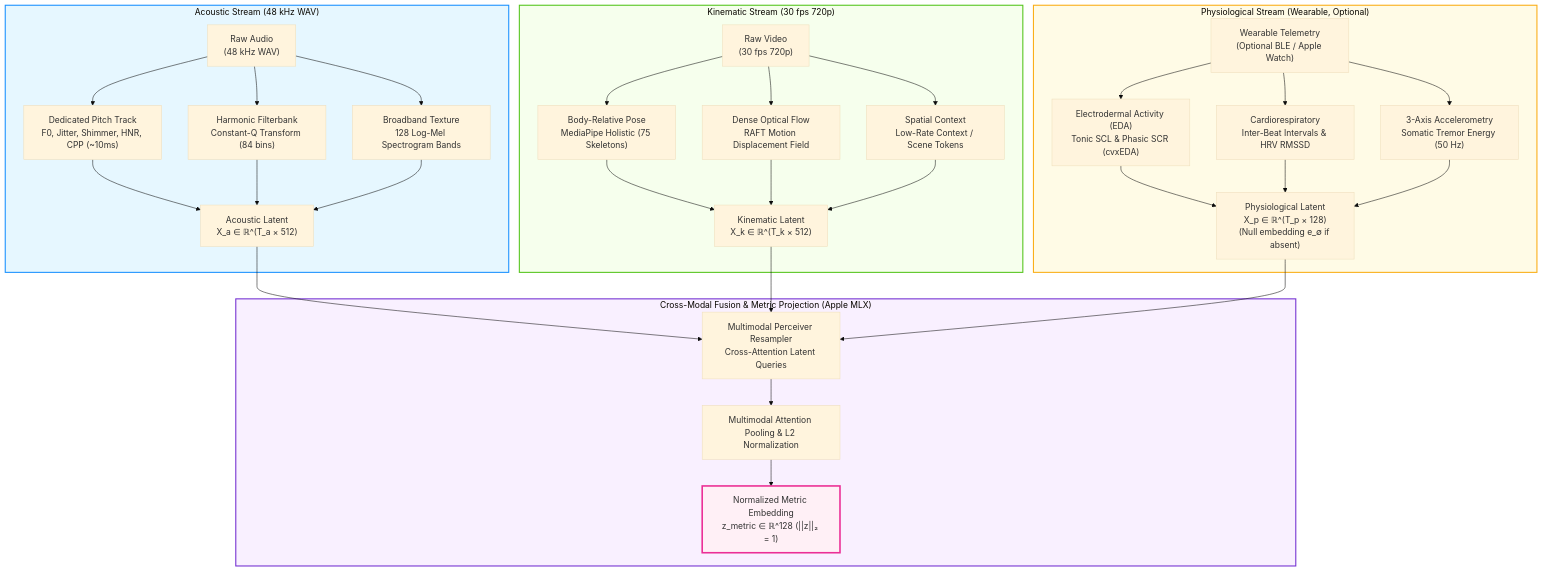
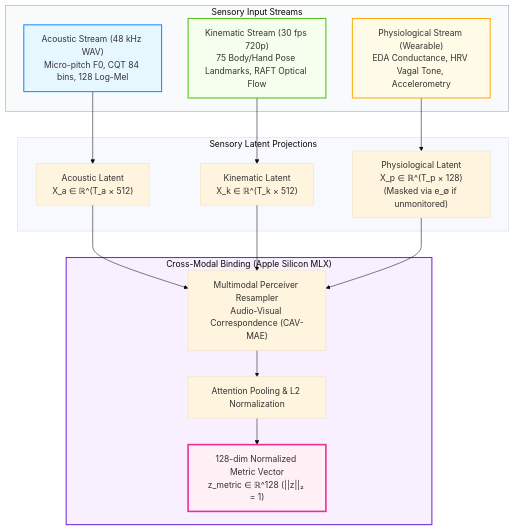
The first of 7 diagrams in DESIGN.md (olostan/project_n), drawn with Mermaid (base theme) before and after one commit. The commit also changed other lines of this file and 4 other files, not shown here.

Commit message:
docs: convert all ASCII and text diagrams to native Mermaid diagrams across repository

````diff
--- a/DESIGN.md
+++ b/DESIGN.md
@@ -60,35 +60,35 @@
 ```mermaid
 graph TD
-    subgraph AcousticPipeline ["Acoustic Stream (48 kHz WAV)"]
-        A_Raw["Raw Audio<br/>(48 kHz WAV)"] --> A_Pitch["Dedicated Pitch Track<br/>F0, Jitter, Shimmer, HNR, CPP (~10ms)"]
-        A_Raw --> A_CQT["Harmonic Filterbank<br/>Constant-Q Transform (84 bins)"]
-        A_Raw --> A_Mel["Broadband Texture<br/>128 Log-Mel Spectrogram Bands"]
-        A_Pitch & A_CQT & A_Mel --> A_Latent["Acoustic Latent<br/>X_a ∈ ℝ^(T_a × 512)"]
+    subgraph Streams ["Sensory Input Streams"]
+        Audio["Acoustic Stream (48 kHz WAV)<br/>Micro-pitch F0, CQT 84 bins, 128 Log-Mel"]
+        Video["Kinematic Stream (30 fps 720p)<br/>75 Body/Hand Pose Landmarks, RAFT Optical Flow"]
+        Physio["Physiological Stream (Wearable)<br/>EDA Conductance, HRV Vagal Tone, Accelerometry"]
     end
 
-    subgraph KinematicPipeline ["Kinematic Stream (30 fps 720p)"]
-        K_Raw["Raw Video<br/>(30 fps 720p)"] --> K_Pose["Body-Relative Pose<br/>MediaPipe Holistic (75 Skeletons)"]
-        K_Raw --> K_Flow["Dense Optical Flow<br/>RAFT Motion Displacement Field"]
-        K_Raw --> K_Context["Spatial Context<br/>Low-Rate Context / Scene Tokens"]
-        K_Pose & K_Flow & K_Context --> K_Latent["Kinematic Latent<br/>X_k ∈ ℝ^(T_k × 512)"]
+    subgraph FrontEnds ["Sensory Latent Projections"]
+        X_a["Acoustic Latent<br/>X_a ∈ ℝ^(T_a × 512)"]
+        X_k["Kinematic Latent<br/>X_k ∈ ℝ^(T_k × 512)"]
+        X_p["Physiological Latent<br/>X_p ∈ ℝ^(T_p × 128)<br/>(Masked via e_∅ if unmonitored)"]
     end
 
-    subgraph PhysioPipeline ["Physiological Stream (Wearable, Optional)"]
-        P_Raw["Wearable Telemetry<br/>(Optional BLE / Apple Watch)"] --> P_EDA["Electrodermal Activity (EDA)<br/>Tonic SCL & Phasic SCR (cvxEDA)"]
-        P_Raw --> P_HRV["Cardiorespiratory<br/>Inter-Beat Intervals & HRV RMSSD"]
-        P_Raw --> P_Acc["3-Axis Accelerometry<br/>Somatic Tremor Energy (50 Hz)"]
-        P_EDA & P_HRV & P_Acc --> P_Latent["Physiological Latent<br/>X_p ∈ ℝ^(T_p × 128)<br/>(Null embedding e_∅ if absent)"]
+    subgraph Fusion ["Cross-Modal Binding (Apple Silicon MLX)"]
+        Resampler["Multimodal Perceiver Resampler<br/>Audio-Visual Correspondence (CAV-MAE)"]
+        Pool["Attention Pooling & L2 Normalization"]
+        Metric["128-dim Normalized Metric Vector<br/>z_metric ∈ ℝ^128 (||z||₂ = 1)"]
     end
 
-    subgraph Fusion ["Cross-Modal Fusion & Metric Projection (Apple MLX)"]
-        A_Latent & K_Latent & P_Latent --> Resampler["Multimodal Perceiver Resampler<br/>Cross-Attention Latent Queries"]
-        Resampler --> AttnPool["Multimodal Attention Pooling & L2 Normalization"]
-        AttnPool --> MetricVec["Normalized Metric Embedding<br/>z_metric ∈ ℝ^128 (||z||₂ = 1)"]
-    end
+    Audio --> X_a
+    Video --> X_k
+    Physio --> X_p
 
-    style AcousticPipeline fill:#e6f7ff,stroke:#1890ff,stroke-width:2px
-    style KinematicPipeline fill:#f6ffed,stroke:#52c41a,stroke-width:2px
-    style PhysioPipeline fill:#fffbe6,stroke:#faad14,stroke-width:2px
+    X_a & X_k & X_p --> Resampler
+    Resampler --> Pool
+    Pool --> Metric
+
+    style Streams fill:#f8fafc,stroke:#94a3b8,stroke-width:1px
+    style Audio fill:#e6f7ff,stroke:#1890ff,stroke-width:2px
+    style Video fill:#f6ffed,stroke:#52c41a,stroke-width:2px
+    style Physio fill:#fffbe6,stroke:#faad14,stroke-width:2px
     style Fusion fill:#f9f0ff,stroke:#722ed1,stroke-width:2px
-    style MetricVec fill:#fff0f6,stroke:#eb2f96,stroke-width:3px
+    style Metric fill:#fff0f6,stroke:#eb2f96,stroke-width:3px
 ```
````
